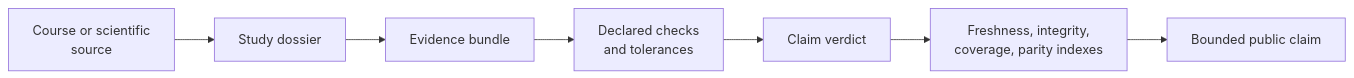
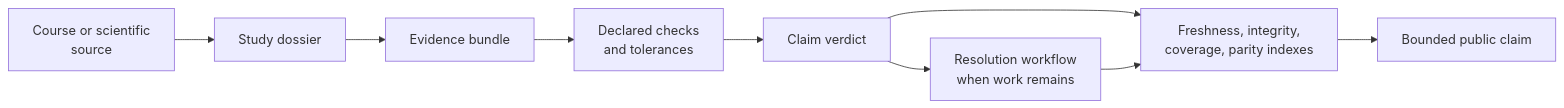
The first of 2 diagrams in docs/03-bijux-phylogenetics-evidence-book/index.md (bijux/bijux-phylogenetics), drawn with Mermaid before and after one commit. The commit also changed other lines of this file and 3 other files, not shown here.

````diff
--- a/docs/03-bijux-phylogenetics-evidence-book/index.md
+++ b/docs/03-bijux-phylogenetics-evidence-book/index.md
@@ -17,9 +17,11 @@
 ```mermaid
 flowchart LR
     source["Course or scientific<br/>source"] --> study["Study dossier"]
     study --> bundle["Evidence bundle"]
     bundle --> checks["Declared checks<br/>and tolerances"]
     checks --> verdict["Claim verdict"]
+    verdict --> resolution["Resolution workflow<br/>when work remains"]
     verdict --> indexes["Freshness, integrity,<br/>coverage, parity indexes"]
+    resolution --> indexes
     indexes --> docs["Bounded public claim"]
 ```
````
